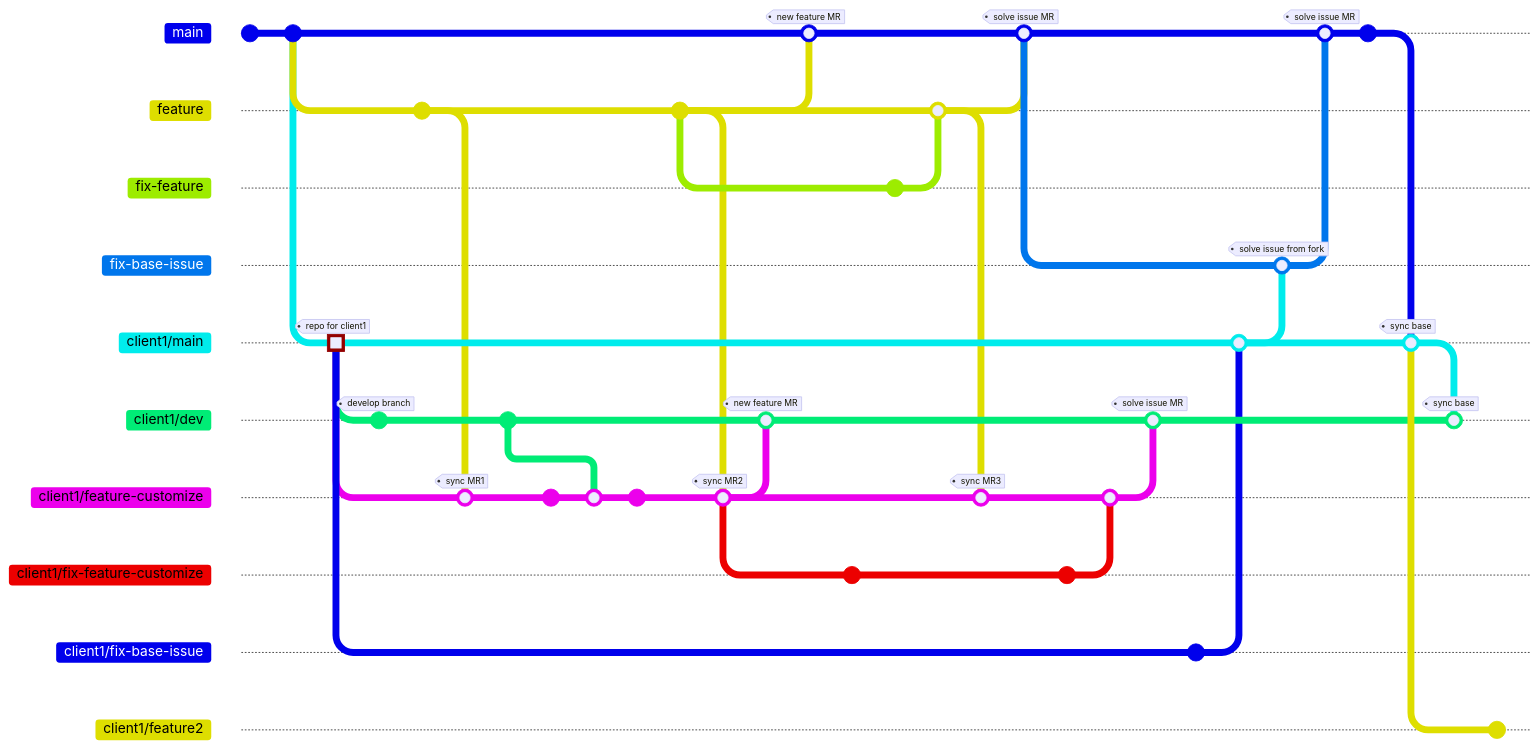
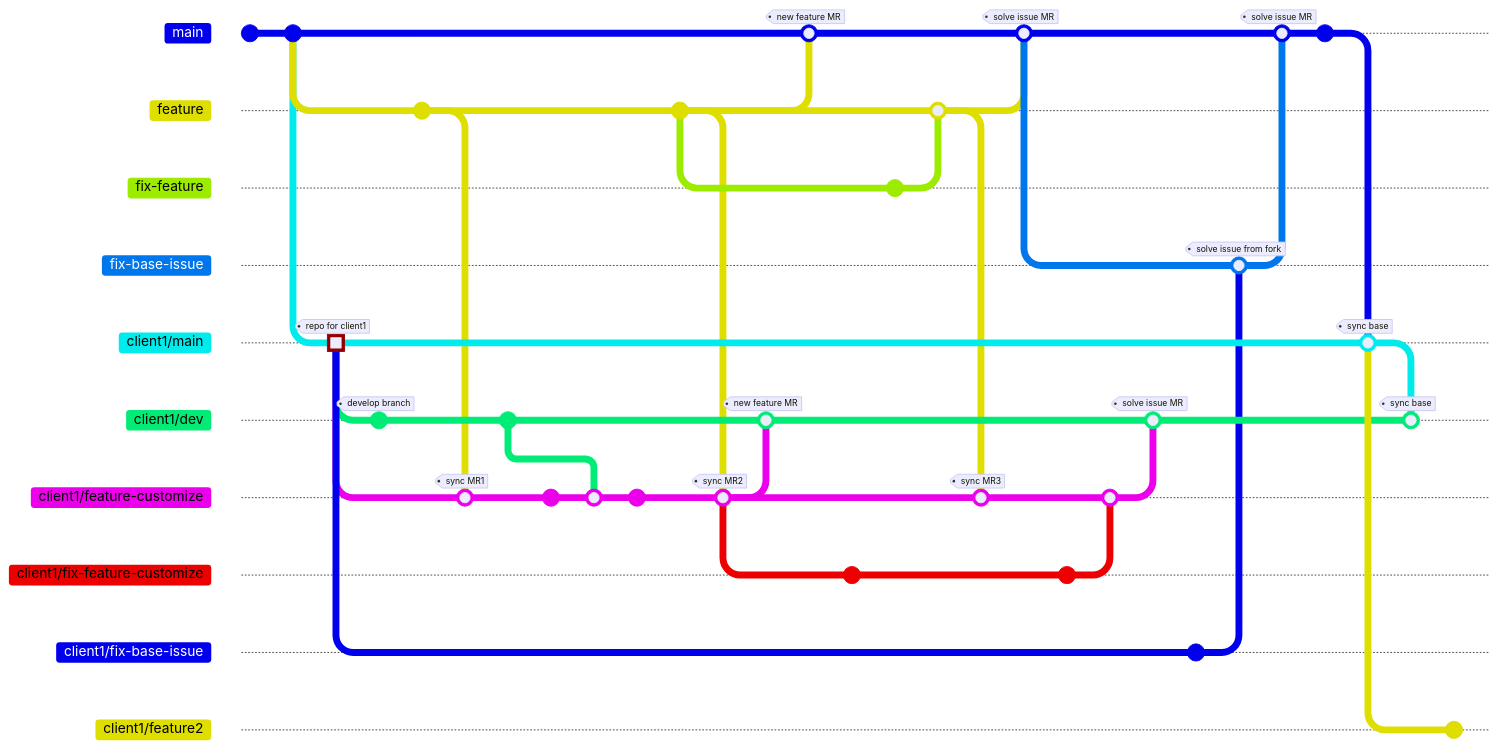
Before and after one commit to tsengyushiang/notes: the first of 2 diagrams in git/workflow.md, drawn with Mermaid. Commit ids are hidden.

````diff
--- a/git/workflow.md
+++ b/git/workflow.md
@@ -7,68 +7,66 @@
 ```mermaid
 %%{init: { 'gitGraph': {'showCommitLabel': false}} }%%
 
 gitGraph
     commit
     commit
     branch feature order: 1
     branch client1/main order: 5
     commit tag:"repo for client1" type: HIGHLIGHT
     branch client1/dev order: 6
     commit tag:"develop branch"
     checkout feature
     commit
     checkout client1/main
     branch client1/feature-customize order: 7
     merge feature tag:"sync MR1"
     checkout client1/dev
     commit
     checkout client1/feature-customize
     commit
     merge client1/dev
     commit
     checkout feature
     commit
     checkout client1/feature-customize
     merge feature tag:"sync MR2"
     checkout client1/dev
     merge client1/feature-customize tag:"new feature MR"
     checkout main
     merge feature tag:"new feature MR"
     checkout client1/feature-customize
     branch client1/fix-feature-customize order: 8
     commit
     checkout feature
     branch fix-feature order: 2
     commit
     checkout feature
     merge fix-feature
     checkout client1/feature-customize
     merge feature tag:"sync MR3"
     checkout main
     merge feature tag:"solve issue MR"
     checkout client1/fix-feature-customize
     commit
     checkout client1/feature-customize
     merge client1/fix-feature-customize
     checkout client1/dev
     merge client1/feature-customize tag:"solve issue MR"
     checkout client1/main
     branch client1/fix-base-issue order:10
     commit
-    checkout client1/main
-    merge client1/fix-base-issue
     checkout main
     branch fix-base-issue order:3
-    merge client1/main tag:"solve issue from fork"
+    merge client1/fix-base-issue tag:"solve issue from fork"
     checkout main
     merge fix-base-issue tag:"solve issue MR"
     commit
     checkout client1/main
     merge main tag:"sync base"
     checkout client1/dev
     merge client1/main tag:"sync base"
     checkout client1/main
     branch client1/feature2 order:11
     commit
 
 ```
````
